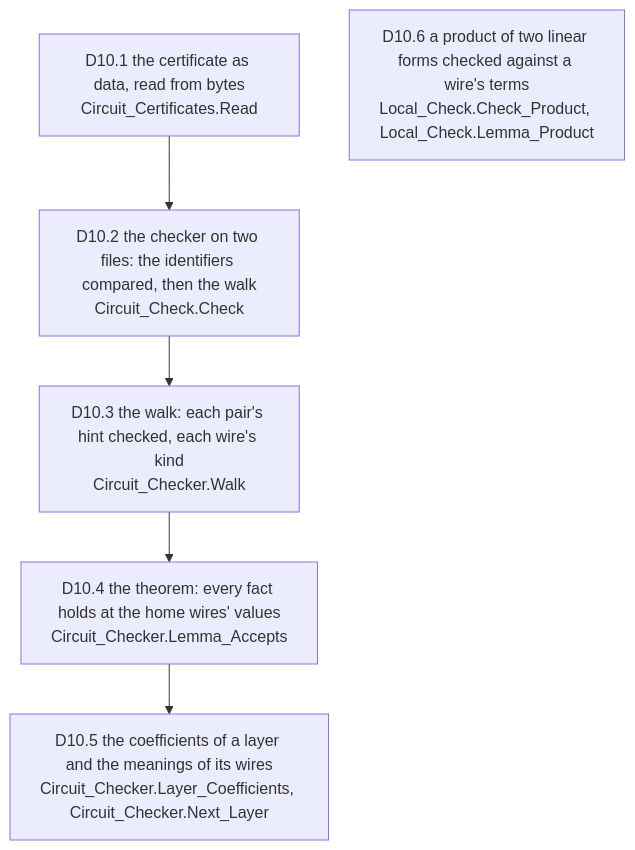
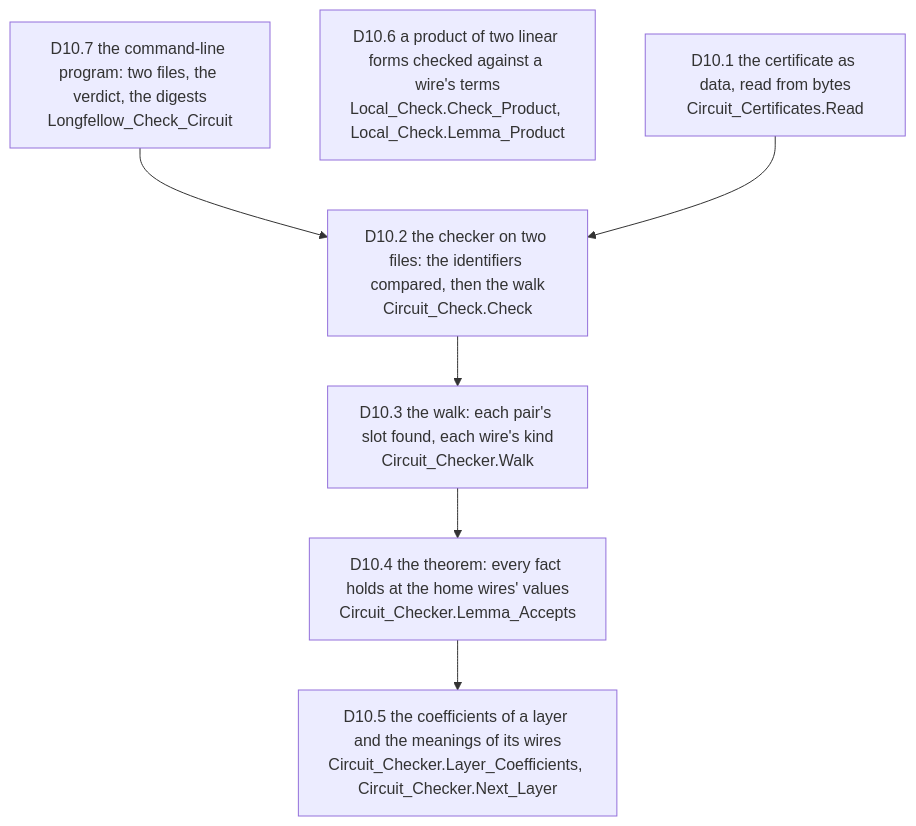
One commit to cyberverso-net/longfellow-spark changed the third of 3 diagrams in docs/guide/10-certified-circuits.md. Above: the diagram before and after it, drawn with Mermaid. The commit also changed other lines of this file and 15 other files, not shown here.

First line of the commit message:
Run the circuit checker on the registered hash circuit, with a values check

````diff
--- a/docs/guide/10-certified-circuits.md
+++ b/docs/guide/10-certified-circuits.md
@@ -394,13 +394,15 @@
 ```mermaid
 flowchart TB
   D10_1["D10.1 the certificate as data, read from bytes<br/>Circuit_Certificates.Read"]
   D10_2["D10.2 the checker on two files: the identifiers compared, then the walk<br/>Circuit_Check.Check"]
-  D10_3["D10.3 the walk: each pair's hint checked, each wire's kind<br/>Circuit_Checker.Walk"]
+  D10_3["D10.3 the walk: each pair's slot found, each wire's kind<br/>Circuit_Checker.Walk"]
   D10_4["D10.4 the theorem: every fact holds at the home wires' values<br/>Circuit_Checker.Lemma_Accepts"]
   D10_5["D10.5 the coefficients of a layer and the meanings of its wires<br/>Circuit_Checker.Layer_Coefficients, Circuit_Checker.Next_Layer"]
   D10_6["D10.6 a product of two linear forms checked against a wire's terms<br/>Local_Check.Check_Product, Local_Check.Lemma_Product"]
+  D10_7["D10.7 the command-line program: two files, the verdict, the digests<br/>Longfellow_Check_Circuit"]
+  D10_7 --> D10_2
   D10_1 --> D10_2
   D10_2 --> D10_3
   D10_3 --> D10_4
   D10_4 --> D10_5
 ```
````
